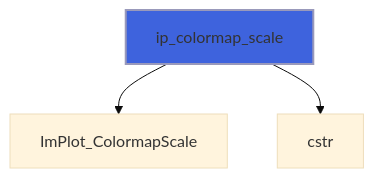
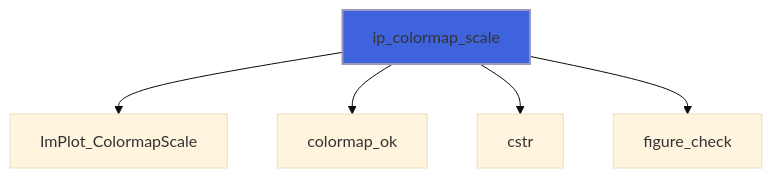
Diagram 25 of 41 in docs/api/src/lib/figure_implot.md (szaghi/figure), drawn with Mermaid (base theme) before and after one commit. The commit also changed other lines of this file and 2 other files, not shown here.

First line of the commit message:
docs(api): the API pages regenerated for the colormap registry

````diff
--- a/docs/api/src/lib/figure_implot.md
+++ b/docs/api/src/lib/figure_implot.md
@@ -872,6 +880,8 @@
 ```mermaid
 flowchart TD
   ip_colormap_scale["ip_colormap_scale"] --> ImPlot_ColormapScale["ImPlot_ColormapScale"]
+  ip_colormap_scale["ip_colormap_scale"] --> colormap_ok["colormap_ok"]
   ip_colormap_scale["ip_colormap_scale"] --> cstr["cstr"]
+  ip_colormap_scale["ip_colormap_scale"] --> figure_check["figure_check"]
   style ip_colormap_scale fill:#3e63dd,stroke:#99b,stroke-width:2px
 ```
````
